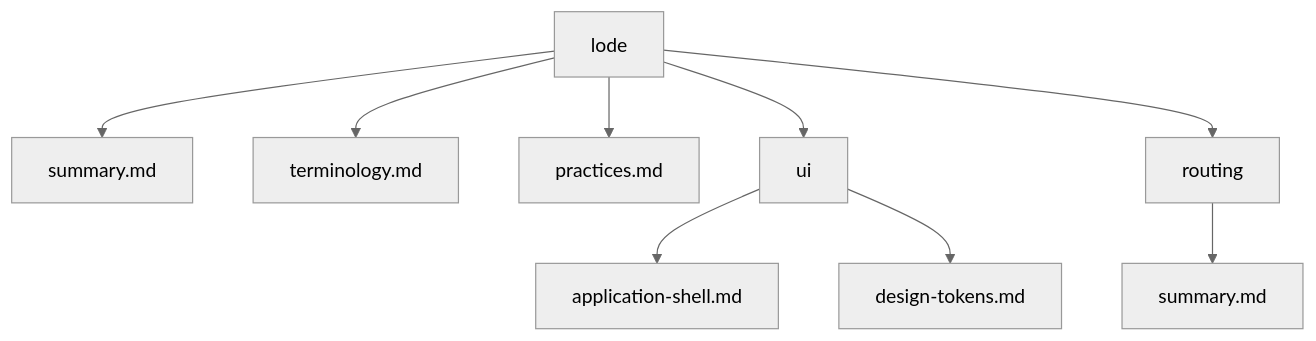
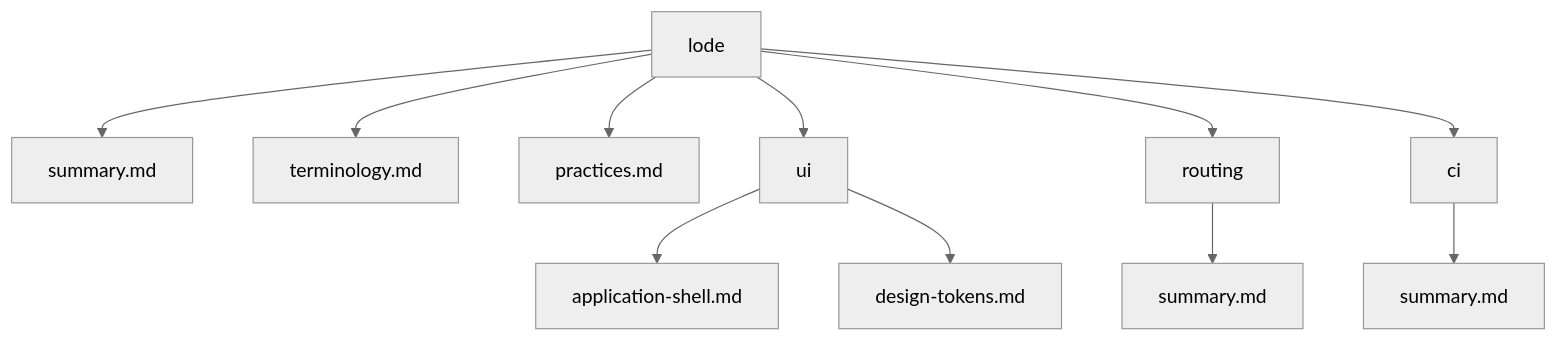
Before and after one commit to Zwezh/media-shelf: the diagram in lode/lode-map.md, drawn with Mermaid (neutral theme). The commit also changed other lines of this file and 3 other files, not shown here.

````diff
--- a/lode/lode-map.md
+++ b/lode/lode-map.md
@@ -17,11 +18,13 @@
 ```mermaid
 flowchart TD
   Root[lode] --> Summary[summary.md]
   Root --> Terms[terminology.md]
   Root --> Practices[practices.md]
   Root --> UI[ui]
   UI --> UIShell[application-shell.md]
   UI --> UITokens[design-tokens.md]
   Root --> Routing[routing]
   Routing --> RouteSummary[summary.md]
+  Root --> CI[ci]
+  CI --> CISummary[summary.md]
 ```
````
